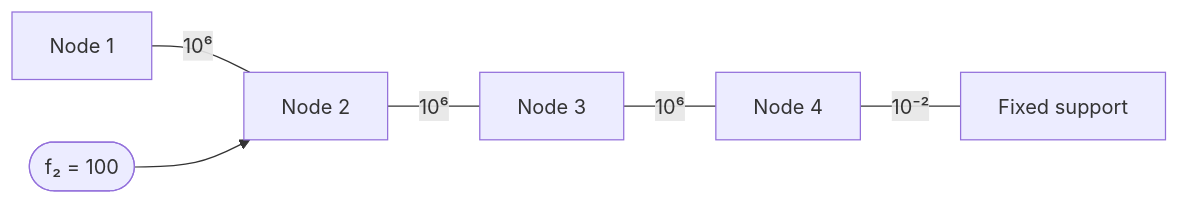
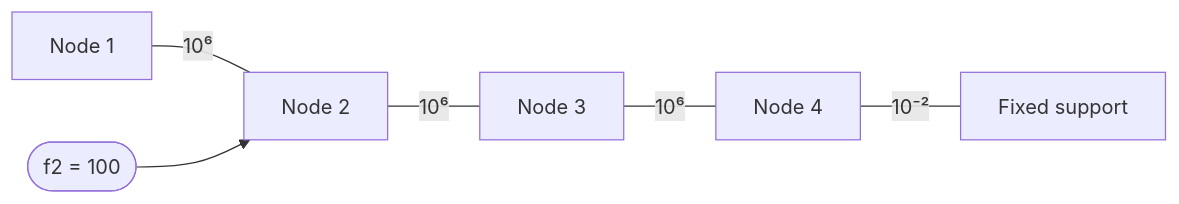
One commit to Choroning/26Spring_Numerical-Analysis changed the diagram in Lecture-Notes/Ch11_Matrix-Inverse-and-Condition/Concepts_Lab.md. Above: the diagram before and after it, drawn with Mermaid. The commit also changed other lines of this file and 41 other files, not shown here.

````diff
--- a/Lecture-Notes/Ch11_Matrix-Inverse-and-Condition/Concepts_Lab.md
+++ b/Lecture-Notes/Ch11_Matrix-Inverse-and-Condition/Concepts_Lab.md
@@ -248,8 +248,8 @@
 ```mermaid
 flowchart LR
     N1["Node 1"] ---|"10⁶"| N2["Node 2"]
     N2 ---|"10⁶"| N3["Node 3"]
     N3 ---|"10⁶"| N4["Node 4"]
     N4 ---|"10⁻²"| G["Fixed support"]
-    F(["f₂ = 100"]) --> N2
+    F(["f2 = 100"]) --> N2
 ```
````
